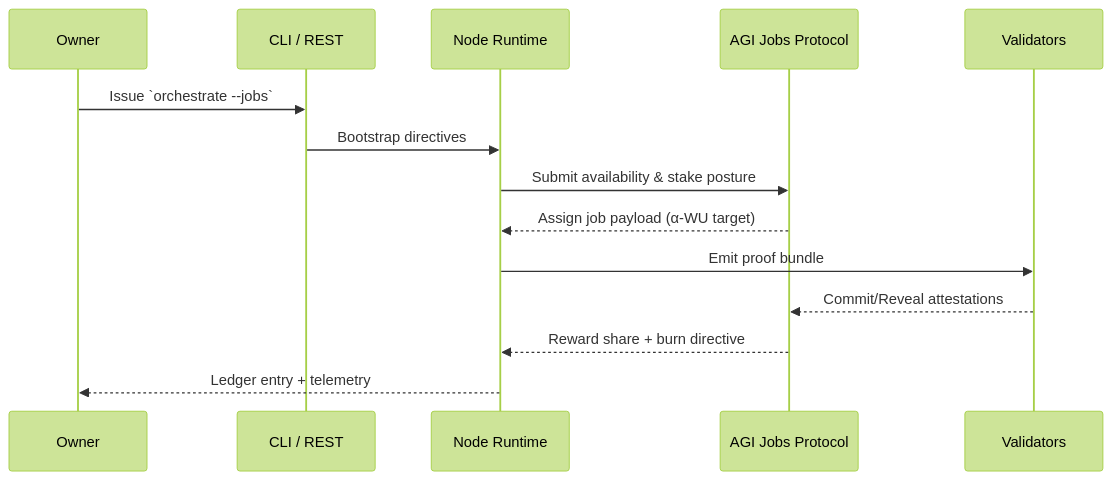
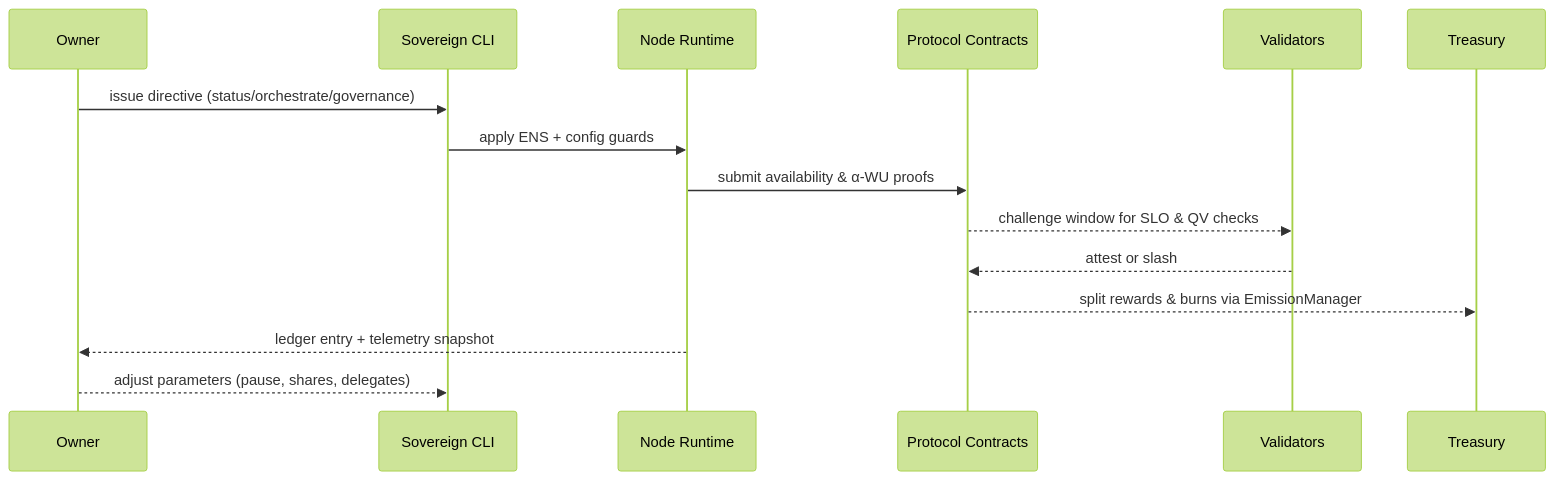
One commit to MontrealAI/AGI-Alpha-Node-v0 changed the second of 4 diagrams in README.md. Above: the diagram before and after it, drawn with Mermaid (forest theme). The commit also changed other lines of this file, not shown here.

Commit message:
Revamp README with current architecture and operations

````diff
--- a/README.md
+++ b/README.md
@@ -117,17 +178,18 @@
 ```mermaid
 sequenceDiagram
   participant Owner
-  participant CLI as CLI / REST
+  participant CLI as Sovereign CLI
   participant Runtime as Node Runtime
-  participant Protocol as AGI Jobs Protocol
+  participant Protocol as Protocol Contracts
   participant Validators
+  participant Treasury
 
-  Owner->>CLI: Issue `orchestrate --jobs`
-  CLI->>Runtime: Bootstrap directives
-  Runtime->>Protocol: Submit availability & stake posture
-  Protocol-->>Runtime: Assign job payload (α‑WU target)
-  Runtime->>Validators: Emit proof bundle
-  Validators-->>Protocol: Commit/Reveal attestations
-  Protocol-->>Runtime: Reward share + burn directive
-  Runtime-->>Owner: Ledger entry + telemetry
+  Owner->>CLI: issue directive (status/orchestrate/governance)
+  CLI->>Runtime: apply ENS + config guards
+  Runtime->>Protocol: submit availability & α-WU proofs
+  Protocol-->>Validators: challenge window for SLO & QV checks
+  Validators-->>Protocol: attest or slash
+  Protocol-->>Treasury: split rewards & burns via EmissionManager
+  Runtime-->>Owner: ledger entry + telemetry snapshot
+  Owner-->>CLI: adjust parameters (pause, shares, delegates)
 ```
````
